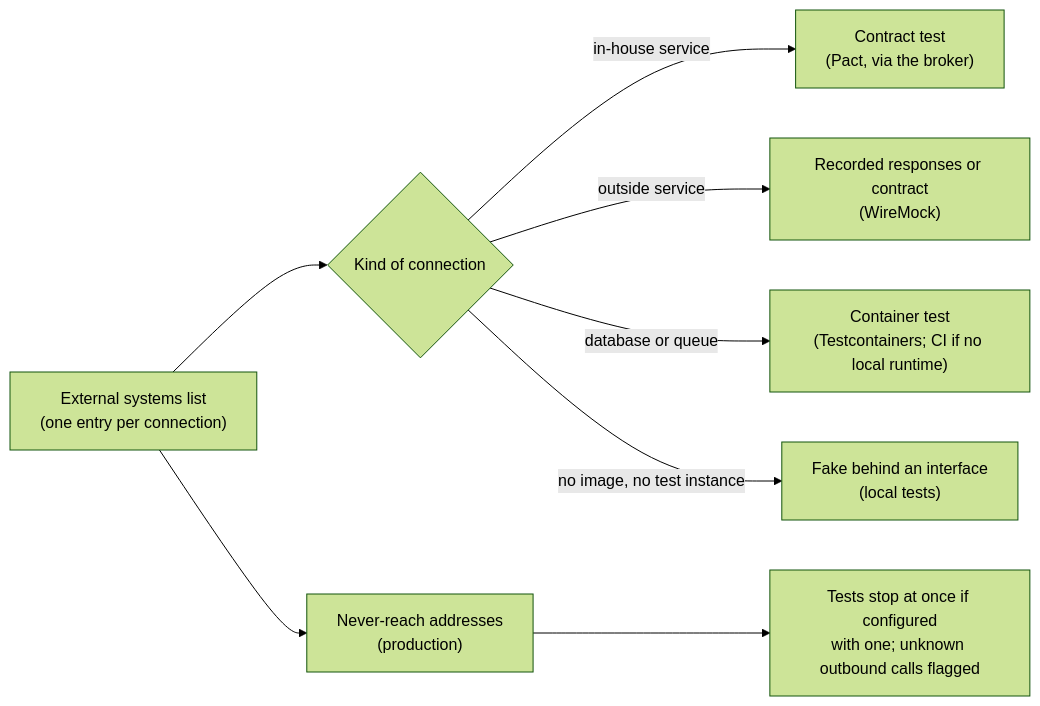
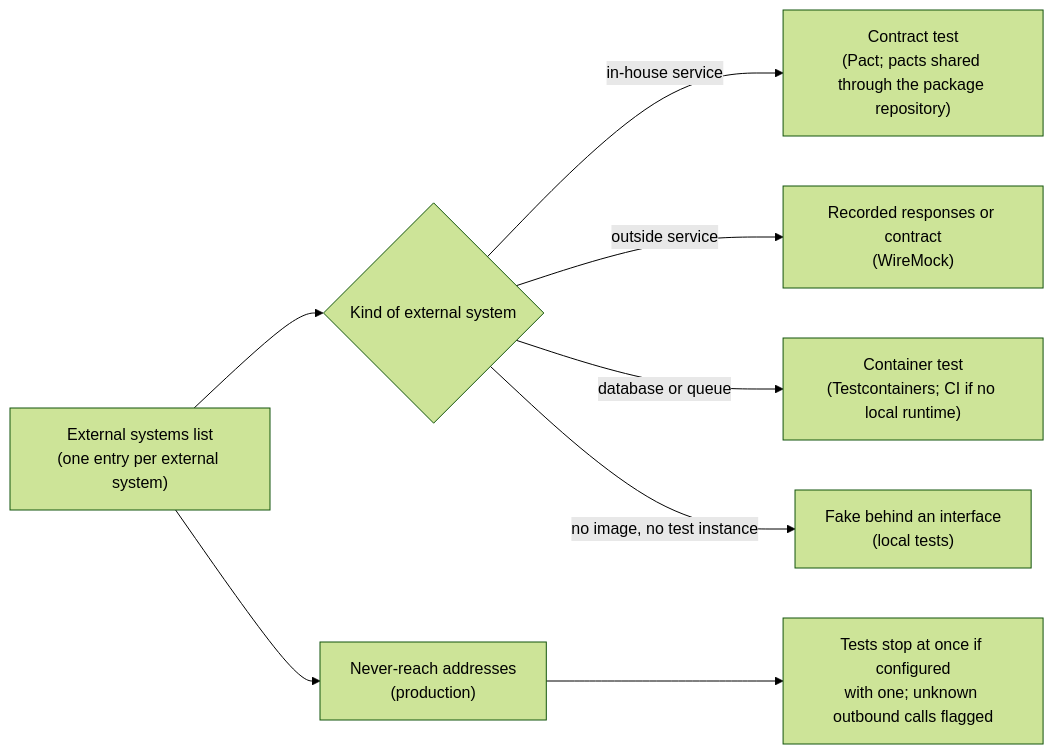
The third of 4 diagrams in docs/design/repo-journey.md (fiftiesHousewife/under-test), drawn with Mermaid (forest theme) before and after one commit. The commit also changed other lines of this file and 181 other files, not shown here.

````diff
--- a/docs/design/repo-journey.md
+++ b/docs/design/repo-journey.md
@@ -41,10 +48,10 @@
 ```mermaid
 flowchart LR
-    CL["External systems list<br/>(one entry per connection)"] --> K{"Kind of connection"}
-    K -->|in-house service| CT["Contract test<br/>(Pact, via the broker)"]
+    CL["External systems list<br/>(one entry per external system)"] --> K{"Kind of external system"}
+    K -->|in-house service| CT["Contract test<br/>(Pact; pacts shared through the package repository)"]
     K -->|outside service| RR["Recorded responses or contract<br/>(WireMock)"]
     K -->|database or queue| CO["Container test<br/>(Testcontainers; CI if no local runtime)"]
     K -->|no image, no test instance| FK["Fake behind an interface<br/>(local tests)"]
     CL --> NR["Never-reach addresses<br/>(production)"]
     NR --> STOP["Tests stop at once if configured<br/>with one; unknown outbound calls flagged"]
 ```
````
